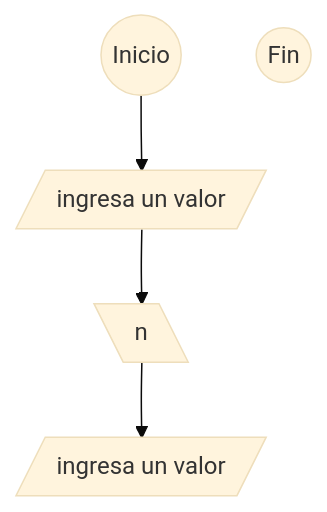
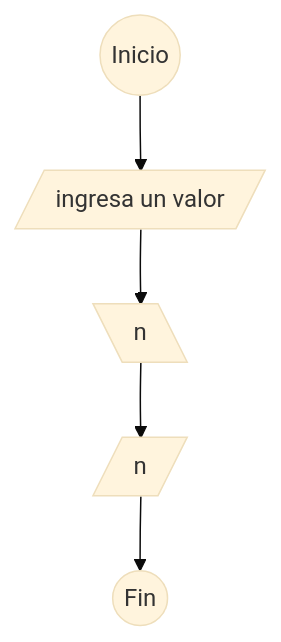
Before and after one commit to Luiscortez0/dfd_exercises: the diagram in dfd2.md, drawn with Mermaid (base theme). The commit also changed other lines of this file, not shown here.

Commit message:
dfd2.md updated from https://stackedit.io/

````diff
--- a/dfd2.md
+++ b/dfd2.md
@@ -1,11 +1,12 @@
 ``` mermaid 
 flowchart TB
 A((Inicio))
 B[/ingresa un valor/]
 C[\n\]
-D[/ingresa un valor/]
+D[/n/]
 E((Fin))
 A --> B
 B --> C
 C --> D
+D --> E
 ```
````
